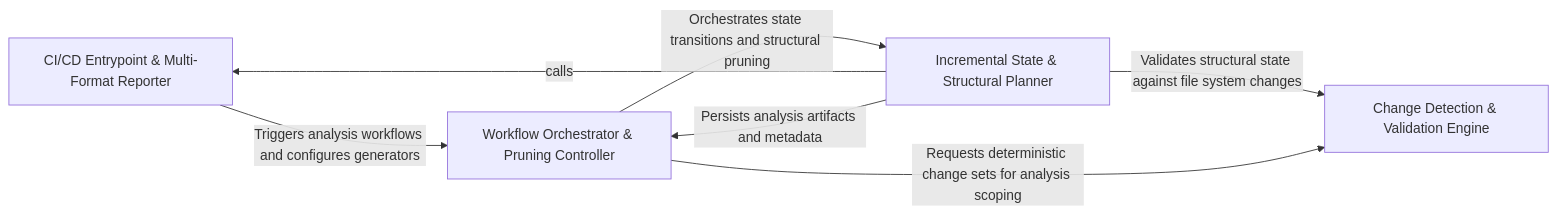
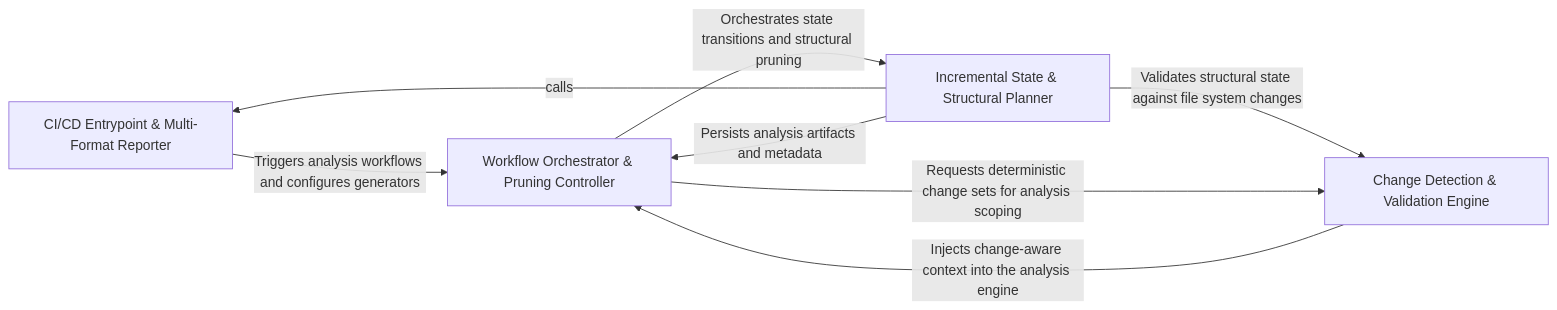
One commit to CodeBoarding/CodeBoarding changed the diagram in .codeboarding/Workflow_Execution_Reporting.md. Above: the diagram before and after it, drawn with Mermaid. The commit also changed other lines of this file and 27 other files, not shown here.

Commit message:
chore(codeboarding): sync architecture baseline

````diff
--- a/.codeboarding/Workflow_Execution_Reporting.md
+++ b/.codeboarding/Workflow_Execution_Reporting.md
@@ -1,16 +1,17 @@
 ```mermaid
 graph LR
     CI_CD_Entrypoint_Multi_Format_Reporter["CI/CD Entrypoint & Multi-Format Reporter"]
     Incremental_State_Structural_Planner["Incremental State & Structural Planner"]
     Change_Detection_Validation_Engine["Change Detection & Validation Engine"]
     Workflow_Orchestrator_Pruning_Controller["Workflow Orchestrator & Pruning Controller"]
     CI_CD_Entrypoint_Multi_Format_Reporter -- "Triggers analysis workflows and configures generators" --> Workflow_Orchestrator_Pruning_Controller
     Incremental_State_Structural_Planner -- "calls" --> CI_CD_Entrypoint_Multi_Format_Reporter
     Incremental_State_Structural_Planner -- "Validates structural state against file system changes" --> Change_Detection_Validation_Engine
     Incremental_State_Structural_Planner -- "Persists analysis artifacts and metadata" --> Workflow_Orchestrator_Pruning_Controller
+    Change_Detection_Validation_Engine -- "Injects change-aware context into the analysis engine" --> Workflow_Orchestrator_Pruning_Controller
     Workflow_Orchestrator_Pruning_Controller -- "Orchestrates state transitions and structural pruning" --> Incremental_State_Structural_Planner
     Workflow_Orchestrator_Pruning_Controller -- "Requests deterministic change sets for analysis scoping" --> Change_Detection_Validation_Engine
     click CI_CD_Entrypoint_Multi_Format_Reporter href "https://github.com/CodeBoarding/CodeBoarding/blob/main/.codeboarding/CI_CD_Entrypoint_Multi_Format_Reporter.md" "Details"
     click Incremental_State_Structural_Planner href "https://github.com/CodeBoarding/CodeBoarding/blob/main/.codeboarding/Incremental_State_Structural_Planner.md" "Details"
     click Change_Detection_Validation_Engine href "https://github.com/CodeBoarding/CodeBoarding/blob/main/.codeboarding/Change_Detection_Validation_Engine.md" "Details"
 ```
````
